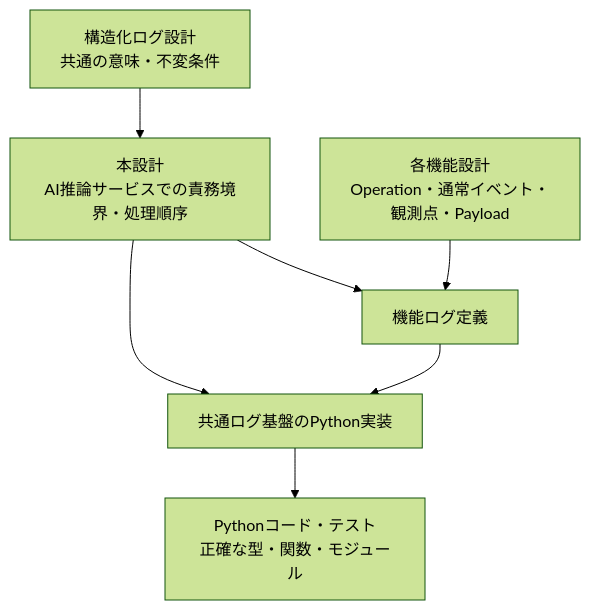
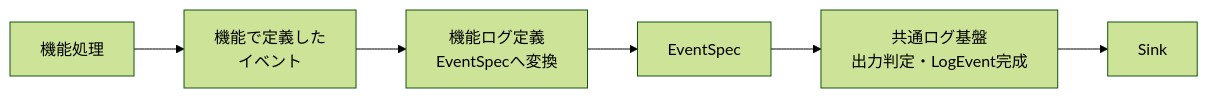
Before and after one commit to takashit16833/RAGScope: the first of 2 diagrams in project-docs/design/structured-logging/AI推論サービス構造化ログ設計.md, drawn with Mermaid (forest theme). The commit also changed other lines of this file, not shown here.

````diff
--- a/project-docs/design/structured-logging/AI推論サービス構造化ログ設計.md
+++ b/project-docs/design/structured-logging/AI推論サービス構造化ログ設計.md
@@ -22,11 +15,11 @@
 ```mermaid
-flowchart TB
-    Common["構造化ログ設計<br>共通の意味・不変条件"] --> AI["本設計<br>AI推論サービスでの責務境界・処理順序"]
-    AI --> Logging["共通ログ基盤のPython実装"]
+flowchart LR
+    Feature["機能処理"]
+    FeatureEvent["機能で定義した<br>イベント"]
+    FeatureLogging["機能ログ定義<br>EventSpecへ変換"]
+    EventSpec["EventSpec"]
+    Logging["共通ログ基盤<br>出力判定・LogEvent完成"]
+    Sink["Sink"]
 
-    FeatureDesign["各機能設計<br>Operation・通常イベント・観測点・Payload"] --> FeatureLogging["機能ログ定義"]
-    AI --> FeatureLogging
-    FeatureLogging --> Logging
-
-    Logging --> Code["Pythonコード・テスト<br>正確な型・関数・モジュール"]
+    Feature --> FeatureEvent --> FeatureLogging --> EventSpec --> Logging --> Sink
 ```
````
